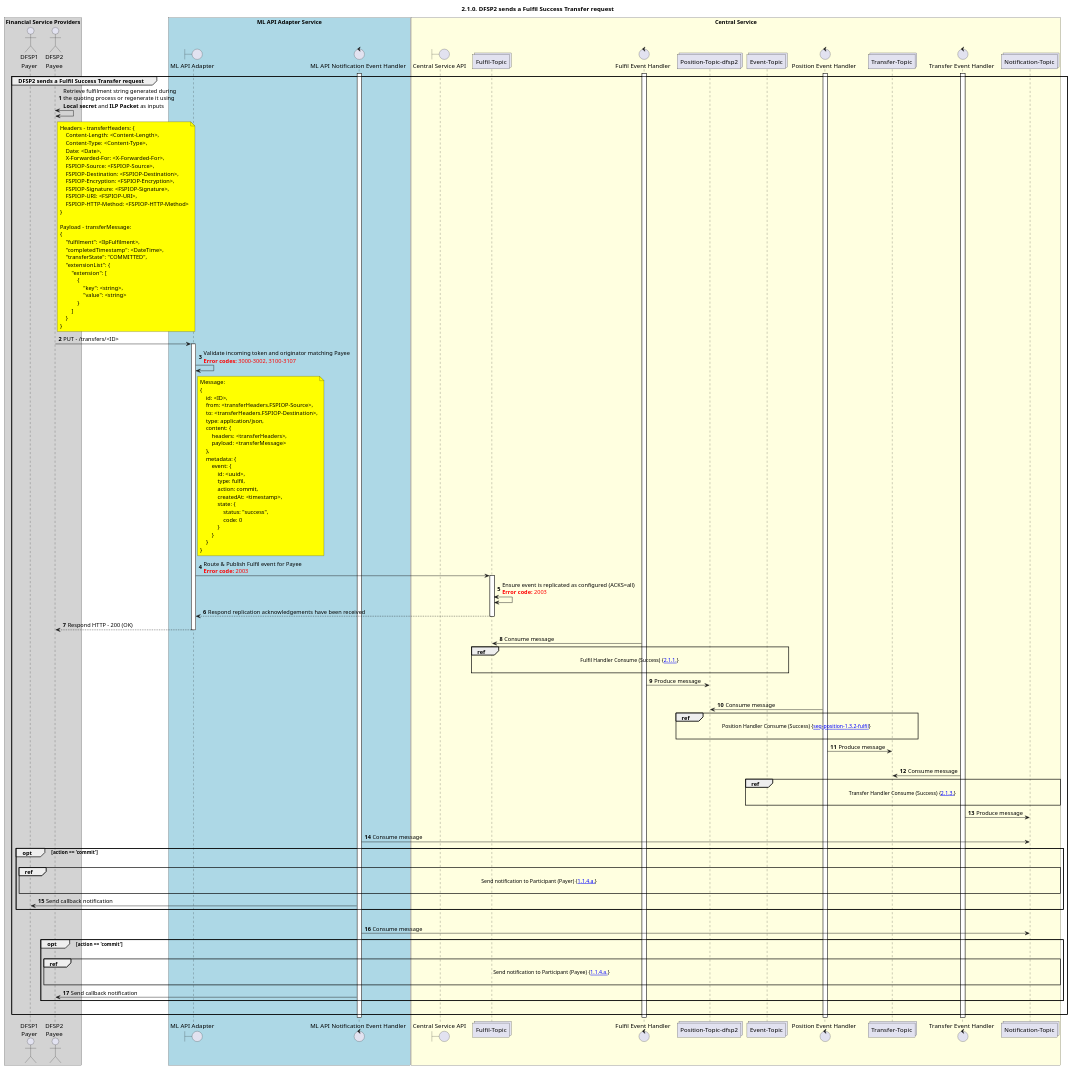
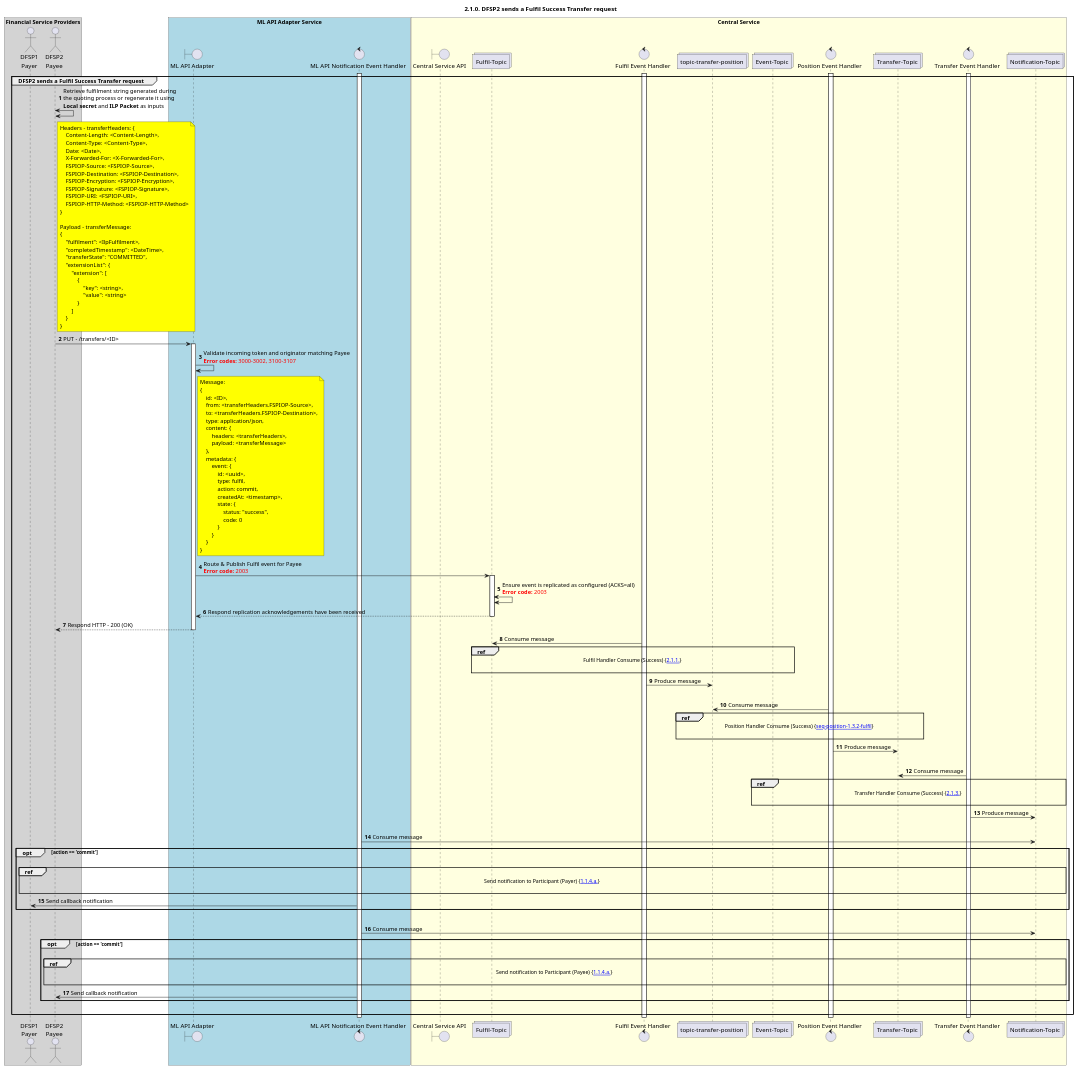
One commit to ggrg/docs changed the diagram in Diagrams/SequenceDiagrams/seq-fulfil-2.1.0.plantuml. Above: the diagram before and after it, drawn with PlantUML. The commit also changed 25 other files, not shown here.

```diff
--- a/Diagrams/SequenceDiagrams/seq-fulfil-2.1.0.plantuml
+++ b/Diagrams/SequenceDiagrams/seq-fulfil-2.1.0.plantuml
@@ -25,153 +25,153 @@
 @startuml
 ' declate title
 title 2.1.0. DFSP2 sends a Fulfil Success Transfer request
 
 autonumber
 
 ' Actor Keys:
 '   boundary - APIs/Interfaces, etc
 '   collections - Kafka Topics
 '   control - Kafka Consumers
 '   entity - Database Access Objects
 '   database - Database Persistance Store
 
 ' declare actors
 actor "DFSP1\nPayer" as DFSP1
 actor "DFSP2\nPayee" as DFSP2
 boundary "ML API Adapter" as MLAPI
 control "ML API Notification Event Handler" as NOTIFY_HANDLER
 boundary "Central Service API" as CSAPI
 collections "Fulfil-Topic" as TOPIC_FULFIL
 control "Fulfil Event Handler" as FULF_HANDLER
-collections "Position-Topic-dfsp2" as TOPIC_POSITION_DFSP2
+collections "topic-transfer-position" as TOPIC_TRANSFER_POSITION
 control "Position Event Handler" as POS_HANDLER
 collections "Transfer-Topic" as TOPIC_TRANSFERS
 collections "Event-Topic" as TOPIC_EVENTS
 control "Transfer Event Handler" as TRANS_HANDLER
 collections "Notification-Topic" as TOPIC_NOTIFICATIONS
 
 box "Financial Service Providers" #lightGray
 	participant DFSP1
 	participant DFSP2
 end box
 
 box "ML API Adapter Service" #LightBlue
 	participant MLAPI
 	participant NOTIFY_HANDLER
 end box
 
 box "Central Service" #LightYellow
     participant CSAPI
 	participant TOPIC_FULFIL
     participant FULF_HANDLER
-    participant TOPIC_POSITION_DFSP2
+    participant TOPIC_TRANSFER_POSITION
     participant TOPIC_EVENTS
     participant POS_HANDLER
     participant TOPIC_TRANSFERS
     participant TRANS_HANDLER
     participant TOPIC_NOTIFICATIONS
 end box
 
 ' start flow
 activate NOTIFY_HANDLER
 activate FULF_HANDLER
 activate POS_HANDLER
 activate TRANS_HANDLER
 group DFSP2 sends a Fulfil Success Transfer request
     DFSP2 <-> DFSP2: Retrieve fulfilment string generated during\nthe quoting process or regenerate it using\n**Local secret** and **ILP Packet** as inputs
     note right of DFSP2 #yellow
         Headers - transferHeaders: {
             Content-Length: <Content-Length>,
             Content-Type: <Content-Type>,
             Date: <Date>,
             X-Forwarded-For: <X-Forwarded-For>,
             FSPIOP-Source: <FSPIOP-Source>,
             FSPIOP-Destination: <FSPIOP-Destination>,
             FSPIOP-Encryption: <FSPIOP-Encryption>,
             FSPIOP-Signature: <FSPIOP-Signature>,
             FSPIOP-URI: <FSPIOP-URI>,
             FSPIOP-HTTP-Method: <FSPIOP-HTTP-Method>
         }
 
         Payload - transferMessage:
         {
             "fulfilment": <IlpFulfilment>,
             "completedTimestamp": <DateTime>,
             "transferState": "COMMITTED",
             "extensionList": {
                 "extension": [
                     {
                         "key": <string>,
                         "value": <string>
                     }
                 ]
             }
         }
     end note
     DFSP2 -> MLAPI: PUT - /transfers/<ID>
     activate MLAPI
     MLAPI -> MLAPI: Validate incoming token and originator matching Payee\n<color #FF0000><b>Error codes:</b> 3000-3002, 3100-3107</color>
     note right of MLAPI #yellow
         Message:
         {
             id: <ID>,
             from: <transferHeaders.FSPIOP-Source>,
             to: <transferHeaders.FSPIOP-Destination>,
             type: application/json,
             content: {
                 headers: <transferHeaders>,
                 payload: <transferMessage>
             },
             metadata: {
                 event: {
                     id: <uuid>,
                     type: fulfil,
                     action: commit,
                     createdAt: <timestamp>,
                     state: {
                         status: "success",
                         code: 0
                     }
                 }
             }
         }
     end note
     MLAPI -> TOPIC_FULFIL: Route & Publish Fulfil event for Payee\n<color #FF0000><b>Error code:</b> 2003</color>
     activate TOPIC_FULFIL
     TOPIC_FULFIL <-> TOPIC_FULFIL: Ensure event is replicated as configured (ACKS=all)\n<color #FF0000><b>Error code:</b> 2003</color>
     TOPIC_FULFIL --> MLAPI: Respond replication acknowledgements have been received
     deactivate TOPIC_FULFIL
     MLAPI --> DFSP2: Respond HTTP - 200 (OK)
     deactivate MLAPI
     TOPIC_FULFIL <- FULF_HANDLER: Consume message
     ref over TOPIC_FULFIL, TOPIC_EVENTS: Fulfil Handler Consume (Success) {[[https://github.com/mojaloop/docs/blob/develop/CentralServices/seq_diagrams/seq-fulfil-2.1.1.svg 2.1.1.]]} \n
-    FULF_HANDLER -> TOPIC_POSITION_DFSP2: Produce message
+    FULF_HANDLER -> TOPIC_TRANSFER_POSITION: Produce message
     |||
-    TOPIC_POSITION_DFSP2 <- POS_HANDLER: Consume message
-    ref over TOPIC_POSITION_DFSP2, TOPIC_TRANSFERS:  Position Handler Consume (Success) {[[https://github.com/mojaloop/docs/blob/develop/CentralServices/seq_diagrams/seq-position-1.3.2-fulfil.svg seq-position-1.3.2-fulfil]]} \n
+    TOPIC_TRANSFER_POSITION <- POS_HANDLER: Consume message
+    ref over TOPIC_TRANSFER_POSITION, TOPIC_TRANSFERS:  Position Handler Consume (Success) {[[https://github.com/mojaloop/docs/blob/develop/CentralServices/seq_diagrams/seq-position-1.3.2-fulfil.svg seq-position-1.3.2-fulfil]]} \n
     POS_HANDLER -> TOPIC_TRANSFERS: Produce message
     |||
     TOPIC_TRANSFERS <- TRANS_HANDLER: Consume message
     ref over TOPIC_EVENTS, TOPIC_NOTIFICATIONS: Transfer Handler Consume (Success) {[[https://github.com/mojaloop/docs/blob/develop/CentralServices/seq_diagrams/seq-fulfil-2.1.3.svg 2.1.3.]]} \n
     TRANS_HANDLER -> TOPIC_NOTIFICATIONS: Produce message
     |||
     TOPIC_NOTIFICATIONS <- NOTIFY_HANDLER: Consume message
     opt action == 'commit'
         |||
         ref over DFSP1, TOPIC_NOTIFICATIONS: Send notification to Participant (Payer) {[[https://github.com/mojaloop/docs/blob/develop/CentralServices/seq_diagrams/seq-prepare-1.1.4.a.svg 1.1.4.a.]]} \n
         NOTIFY_HANDLER -> DFSP1: Send callback notification
     end
     |||
     TOPIC_NOTIFICATIONS <- NOTIFY_HANDLER: Consume message
     opt action == 'commit'
         |||
         ref over DFSP2, TOPIC_NOTIFICATIONS: Send notification to Participant (Payee) {[[https://github.com/mojaloop/docs/blob/develop/CentralServices/seq_diagrams/seq-prepare-1.1.4.a.svg 1.1.4.a.]]} \n
         NOTIFY_HANDLER -> DFSP2: Send callback notification
     end
     |||
 end
 deactivate TRANS_HANDLER
 deactivate POS_HANDLER
 deactivate FULF_HANDLER
 deactivate NOTIFY_HANDLER
 @enduml
```
